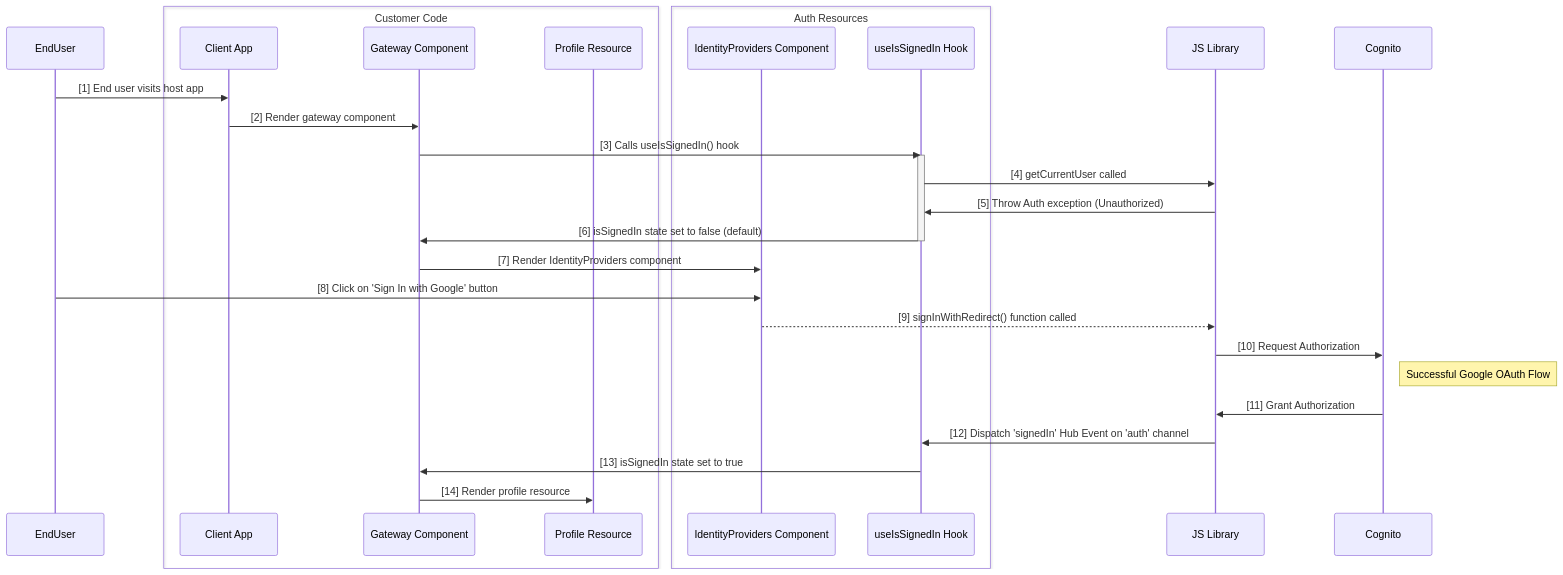
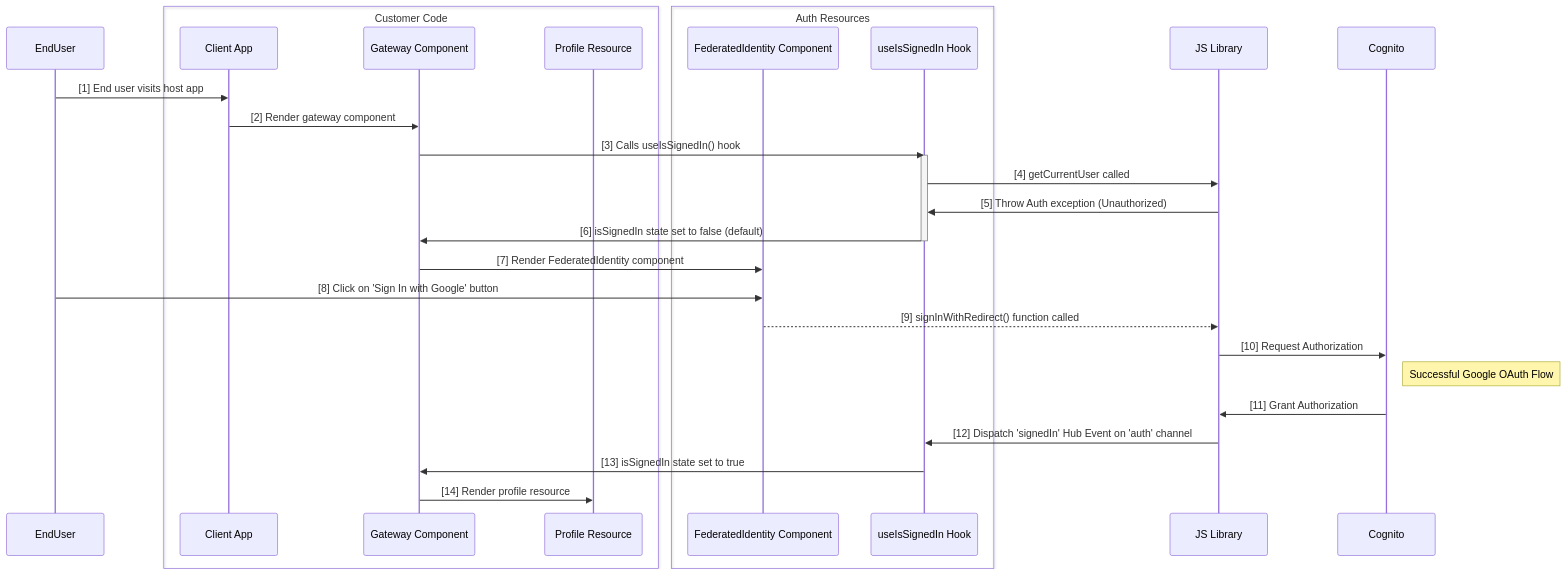
Before and after one commit to AhmetAhunbayAWS/amplify-vite-react-template_2: the diagram in src/assets/useIsSignedInUML.md, drawn with Mermaid. The commit also changed 29 other files, not shown here.

````diff
--- a/src/assets/useIsSignedInUML.md
+++ b/src/assets/useIsSignedInUML.md
@@ -1,30 +1,30 @@
 ```mermaid
 sequenceDiagram
     participant EndUser
     box Customer Code
     participant Client App
     participant Gateway Component
     participant Profile Resource
     end
     EndUser->>Client App: [1] End user visits host app
     box Auth Resources
-    participant IdentityProviders Component
+    participant FederatedIdentity Component
     participant useIsSignedIn Hook
     end
     Client App->> Gateway Component: [2] Render gateway component
     Gateway Component->>useIsSignedIn Hook: [3] Calls useIsSignedIn() hook
     activate useIsSignedIn Hook
     useIsSignedIn Hook->>JS Library: [4] getCurrentUser called
     JS Library->>useIsSignedIn Hook: [5] Throw Auth exception (Unauthorized)
     useIsSignedIn Hook->>Gateway Component: [6] isSignedIn state set to false (default)
     deactivate useIsSignedIn Hook
-    Gateway Component->>IdentityProviders Component: [7] Render IdentityProviders component
-    EndUser->>IdentityProviders Component: [8] Click on 'Sign In with Google' button
-    IdentityProviders Component-->>JS Library: [9] signInWithRedirect() function called
+    Gateway Component->>FederatedIdentity Component: [7] Render FederatedIdentity component
+    EndUser->>FederatedIdentity Component: [8] Click on 'Sign In with Google' button
+    FederatedIdentity Component-->>JS Library: [9] signInWithRedirect() function called
     JS Library->>Cognito: [10] Request Authorization
     Note right of Cognito: Successful Google OAuth Flow
     Cognito->>JS Library: [11] Grant Authorization
     JS Library->>useIsSignedIn Hook: [12] Dispatch 'signedIn' Hub Event on 'auth' channel
     useIsSignedIn Hook->>Gateway Component: [13] isSignedIn state set to true
     Gateway Component->>Profile Resource: [14] Render profile resource
 ```
````
